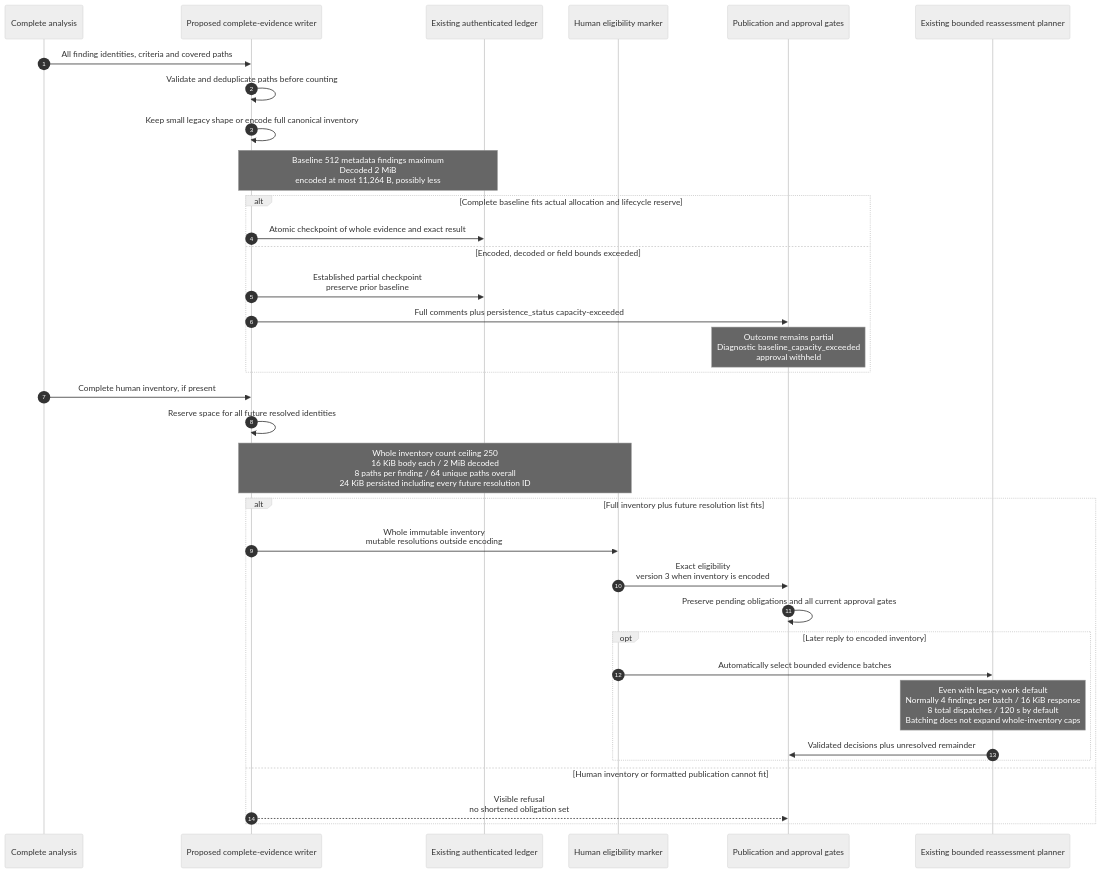
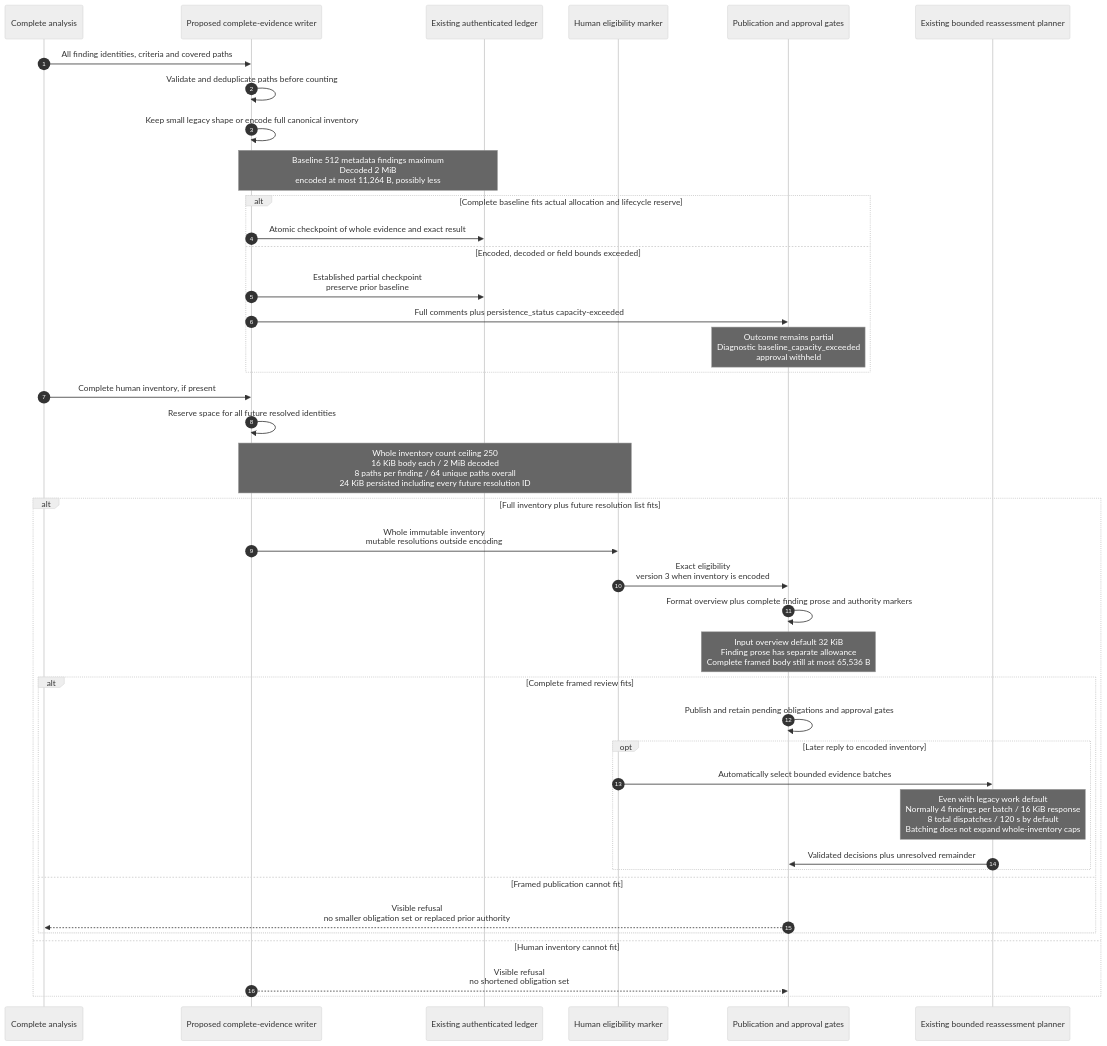
Before and after one commit to malsabbagh/review-sensei: the fourth of 4 diagrams in docs/review-pipelines.md, drawn with Mermaid (neutral theme). The commit also changed other lines of this file, not shown here.

Commit message:
docs: reconcile final persistence and publication capacity proposal

````diff
--- a/docs/review-pipelines.md
+++ b/docs/review-pipelines.md
@@ -635,36 +635,42 @@
 ```mermaid
 sequenceDiagram
     autonumber
     participant Analysis as Complete analysis
     participant Writer as Proposed complete-evidence writer
     participant Ledger as Existing authenticated ledger
     participant Human as Human eligibility marker
     participant Gate as Publication and approval gates
     participant Reply as Existing bounded reassessment planner
     Analysis->>Writer: All finding identities, criteria and covered paths
     Writer->>Writer: Validate and deduplicate paths before counting
     Writer->>Writer: Keep small legacy shape or encode full canonical inventory
     Note over Writer,Ledger: Baseline 512 metadata findings maximum<br/>Decoded 2 MiB<br/> encoded at most 11,264 B, possibly less
     alt Complete baseline fits actual allocation and lifecycle reserve
         Writer->>Ledger: Atomic checkpoint of whole evidence and exact result
     else Encoded, decoded or field bounds exceeded
         Writer->>Ledger: Established partial checkpoint<br/> preserve prior baseline
         Writer->>Gate: Full comments plus persistence_status capacity-exceeded
         Note over Gate: Outcome remains partial<br/>Diagnostic baseline_capacity_exceeded<br/> approval withheld
     end
     Analysis->>Writer: Complete human inventory, if present
     Writer->>Writer: Reserve space for all future resolved identities
     Note over Writer,Human: Whole inventory count ceiling 250<br/>16 KiB body each / 2 MiB decoded<br/>8 paths per finding / 64 unique paths overall<br/>24 KiB persisted including every future resolution ID
     alt Full inventory plus future resolution list fits
         Writer->>Human: Whole immutable inventory<br/> mutable resolutions outside encoding
         Human->>Gate: Exact eligibility<br/> version 3 when inventory is encoded
-        Gate->>Gate: Preserve pending obligations and all current approval gates
-        opt Later reply to encoded inventory
-            Human->>Reply: Automatically select bounded evidence batches
-            Note over Reply: Even with legacy work default<br/>Normally 4 findings per batch / 16 KiB response<br/>8 total dispatches / 120 s by default<br/>Batching does not expand whole-inventory caps
-            Reply->>Gate: Validated decisions plus unresolved remainder
+        Gate->>Gate: Format overview plus complete finding prose and authority markers
+        Note over Gate: Input overview default 32 KiB<br/>Finding prose has separate allowance<br/>Complete framed body still at most 65,536 B
+        alt Complete framed review fits
+            Gate->>Gate: Publish and retain pending obligations and approval gates
+            opt Later reply to encoded inventory
+                Human->>Reply: Automatically select bounded evidence batches
+                Note over Reply: Even with legacy work default<br/>Normally 4 findings per batch / 16 KiB response<br/>8 total dispatches / 120 s by default<br/>Batching does not expand whole-inventory caps
+                Reply->>Gate: Validated decisions plus unresolved remainder
+            end
+        else Framed publication cannot fit
+            Gate-->>Analysis: Visible refusal<br/> no smaller obligation set or replaced prior authority
         end
-    else Human inventory or formatted publication cannot fit
+    else Human inventory cannot fit
         Writer-->>Gate: Visible refusal<br/> no shortened obligation set
     end
 ```
````
